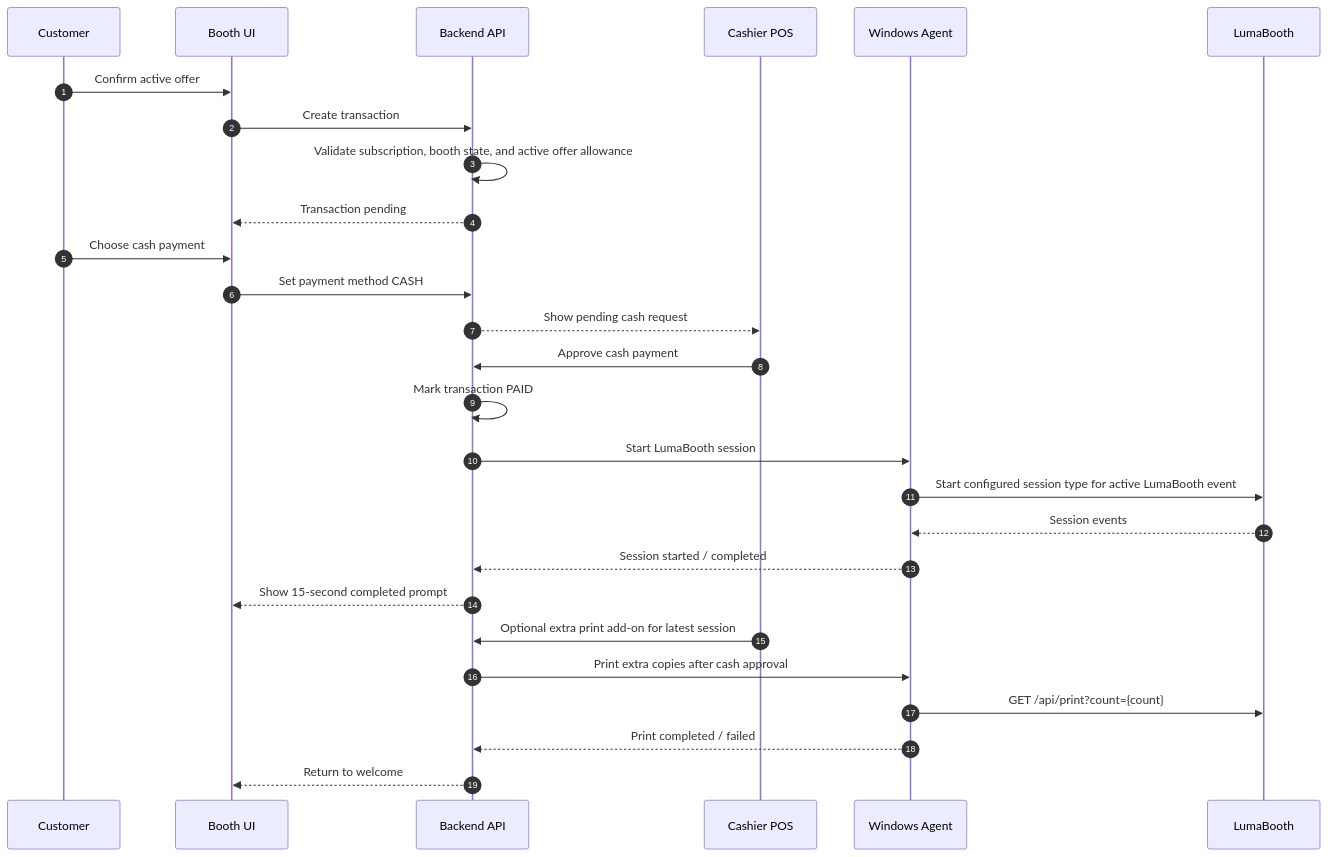
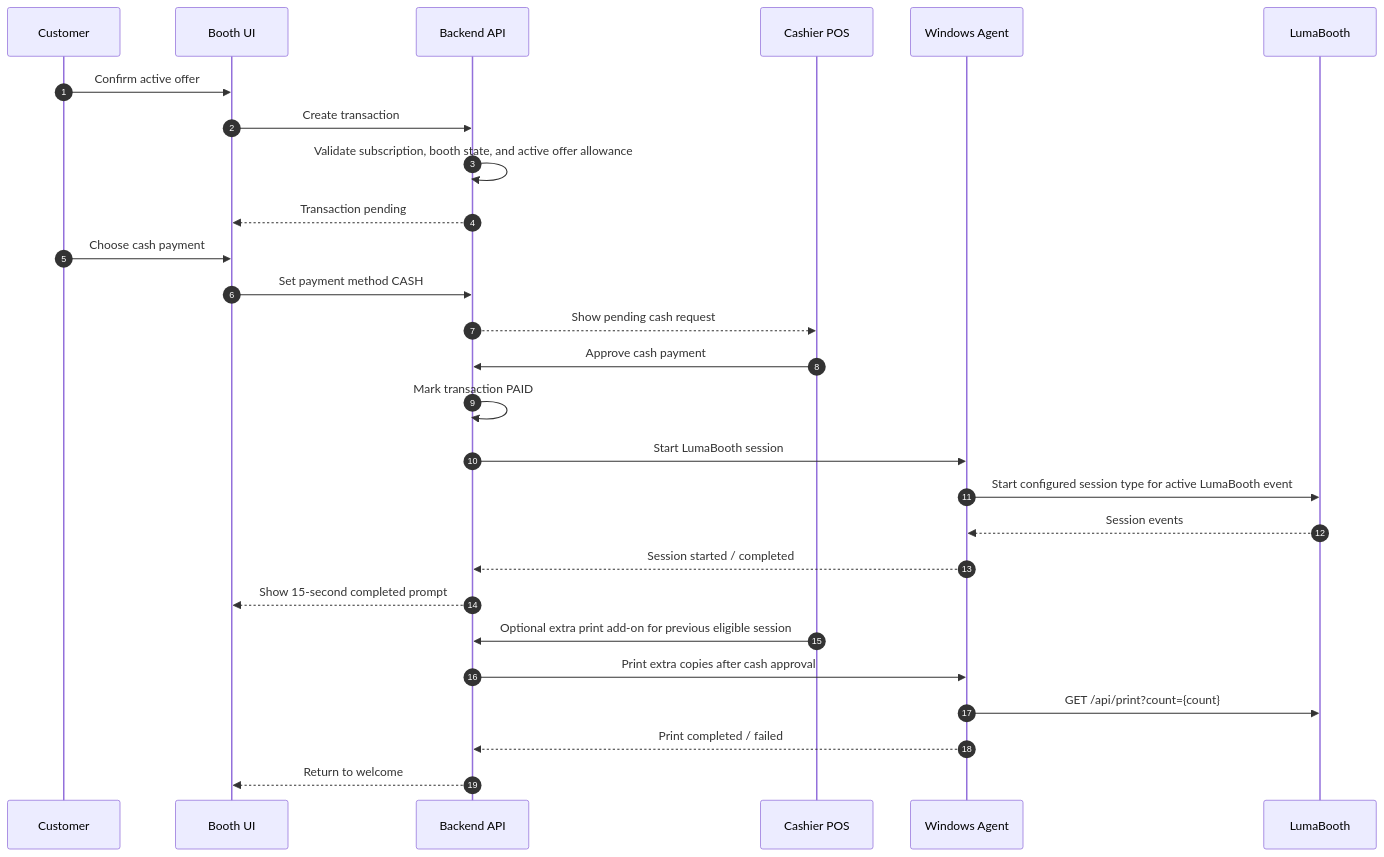
One commit to quinjan/PhotoBIZ changed the third of 9 diagrams in docs/ARCHITECTURE.md. Above: the diagram before and after it, drawn with Mermaid. The commit also changed other lines of this file and 39 other files, not shown here.

````diff
--- a/docs/ARCHITECTURE.md
+++ b/docs/ARCHITECTURE.md
@@ -68,31 +68,31 @@
 ```mermaid
 sequenceDiagram
   autonumber
   participant C as Customer
   participant B as Booth UI
   participant API as Backend API
   participant POS as Cashier POS
   participant A as Windows Agent
   participant L as LumaBooth
 
   C->>B: Confirm active offer
   B->>API: Create transaction
   API->>API: Validate subscription, booth state, and active offer allowance
   API-->>B: Transaction pending
   C->>B: Choose cash payment
   B->>API: Set payment method CASH
   API-->>POS: Show pending cash request
   POS->>API: Approve cash payment
 
   API->>API: Mark transaction PAID
   API->>A: Start LumaBooth session
   A->>L: Start configured session type for active LumaBooth event
   L-->>A: Session events
   A-->>API: Session started / completed
   API-->>B: Show 15-second completed prompt
-  POS->>API: Optional extra print add-on for latest session
+  POS->>API: Optional extra print add-on for previous eligible session
   API->>A: Print extra copies after cash approval
   A->>L: GET /api/print?count={count}
   A-->>API: Print completed / failed
   API-->>B: Return to welcome
 ```
````
